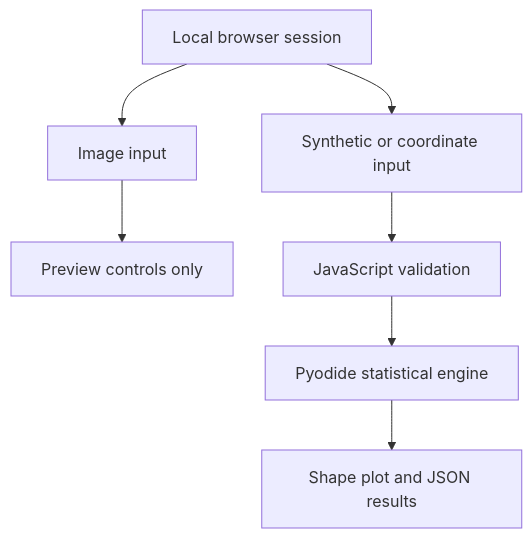
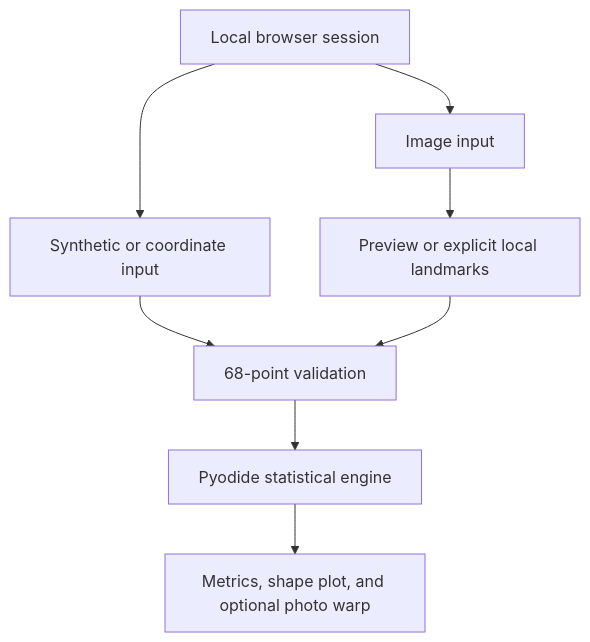
One commit to salemmorelli1/bio-social-aesthetic-manifold changed the diagram in README.md. Above: the diagram before and after it, drawn with Mermaid. The commit also changed other lines of this file and 8 other files, not shown here.

Commit message:
Add local photo warp and geometric displacement index

````diff
--- a/README.md
+++ b/README.md
@@ -104,9 +113,10 @@
 ```mermaid
 flowchart TB
     A["Local browser session"] --> B["Image input"]
     A --> C["Synthetic or coordinate input"]
-    B --> D["Preview controls only"]
-    C --> E["JavaScript validation"]
+    B --> D["Preview or explicit local landmarks"]
+    C --> E["68-point validation"]
+    D --> E
     E --> F["Pyodide statistical engine"]
-    F --> G["Shape plot and JSON results"]
+    F --> G["Metrics, shape plot, and optional photo warp"]
 ```
````
